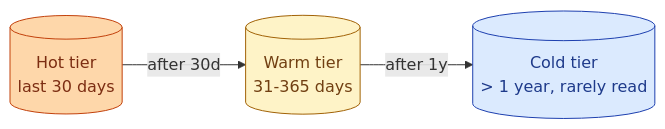
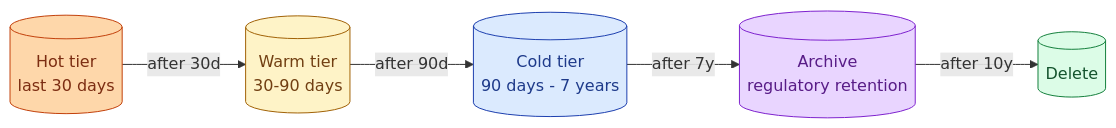
Before and after one commit to shiningflash/shiningflash.github.io: the first of 3 diagrams in _de_concepts/057-storage-tiers.md, drawn with Mermaid. The commit also changed other lines of this file and 69 other files, not shown here.

````diff
--- a/_de_concepts/057-storage-tiers.md
+++ b/_de_concepts/057-storage-tiers.md
@@ -18,10 +25,14 @@
 ```mermaid
 flowchart LR
     Live[("Hot tier<br/>last 30 days")]:::h
-    Live -->|"after 30d"| Warm[("Warm tier<br/>31-365 days")]:::w
-    Warm -->|"after 1y"| Cold[("Cold tier<br/>> 1 year, rarely read")]:::c
+    Live -->|"after 30d"| Warm[("Warm tier<br/>30-90 days")]:::w
+    Warm -->|"after 90d"| Cold[("Cold tier<br/>90 days - 7 years")]:::c
+    Cold -->|"after 7y"| Arch[("Archive<br/>regulatory retention")]:::ar
+    Arch -->|"after 10y"| Del[("Delete")]:::d
 
     classDef h fill:#fed7aa,stroke:#c2410c,color:#7c2d12
     classDef w fill:#fef3c7,stroke:#a16207,color:#713f12
     classDef c fill:#dbeafe,stroke:#1e40af,color:#1e3a8a
+    classDef ar fill:#e9d5ff,stroke:#7e22ce,color:#581c87
+    classDef d fill:#dcfce7,stroke:#15803d,color:#14532d
 ```
````
